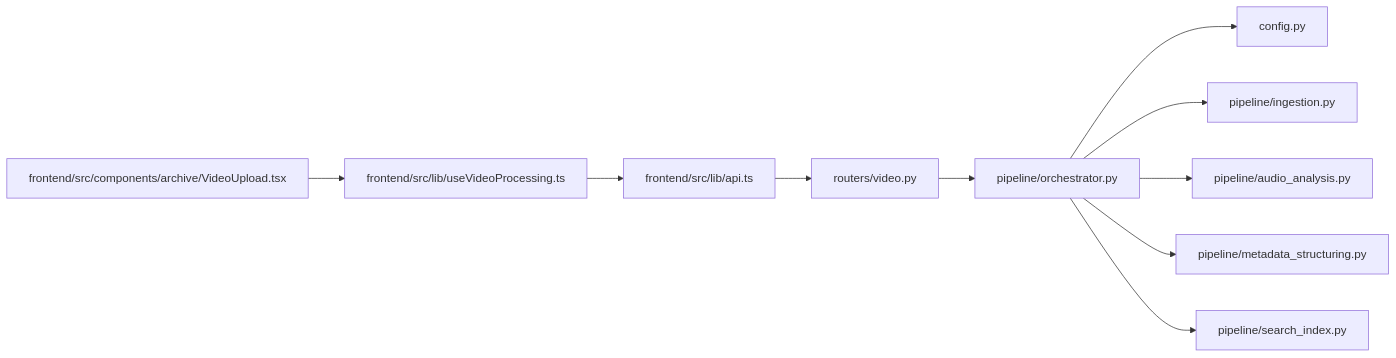
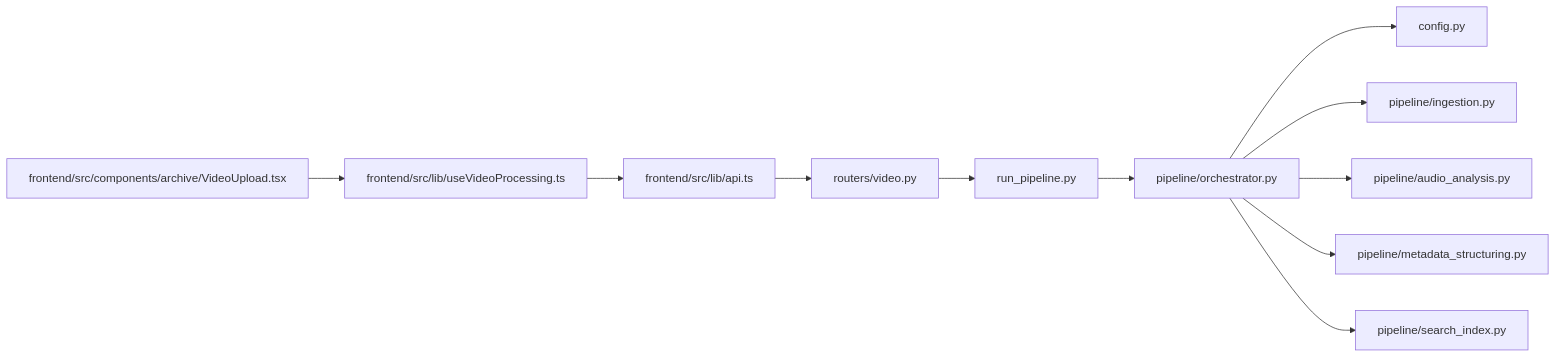
One commit to alexandreybasta-cyber/dubai-media-ai changed the third of 3 diagrams in .qoder/repowiki/en/content/Backend API Reference/Video Processing Endpoints.md. Above: the diagram before and after it, drawn with Mermaid. The commit also changed other lines of this file and 28 other files, not shown here.

````diff
--- a/.qoder/repowiki/en/content/Backend API Reference/Video Processing Endpoints.md
+++ b/.qoder/repowiki/en/content/Backend API Reference/Video Processing Endpoints.md
@@ -491,12 +488,13 @@
 ```mermaid
 graph LR
-Router["routers/video.py"] --> Orchestrator["pipeline/orchestrator.py"]
+Router["routers/video.py"] --> Runner["run_pipeline.py"]
+Runner --> Orchestrator["pipeline/orchestrator.py"]
 Orchestrator --> Config["config.py"]
 Orchestrator --> Ingestion["pipeline/ingestion.py"]
 Orchestrator --> Audio["pipeline/audio_analysis.py"]
 Orchestrator --> Metadata["pipeline/metadata_structuring.py"]
 Orchestrator --> SearchIndex["pipeline/search_index.py"]
 FrontendAPI["frontend/src/lib/api.ts"] --> Router
 FrontendHook["frontend/src/lib/useVideoProcessing.ts"] --> FrontendAPI
 FrontendUpload["frontend/src/components/archive/VideoUpload.tsx"] --> FrontendHook
 ```
````
